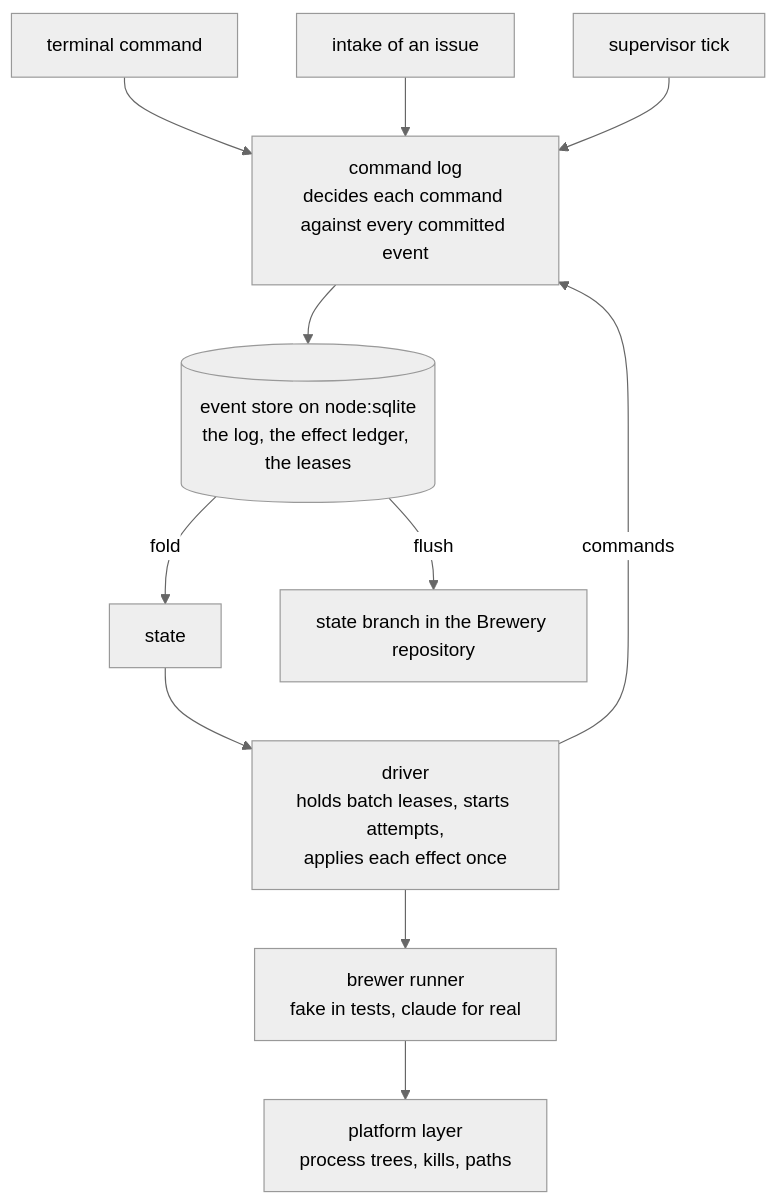
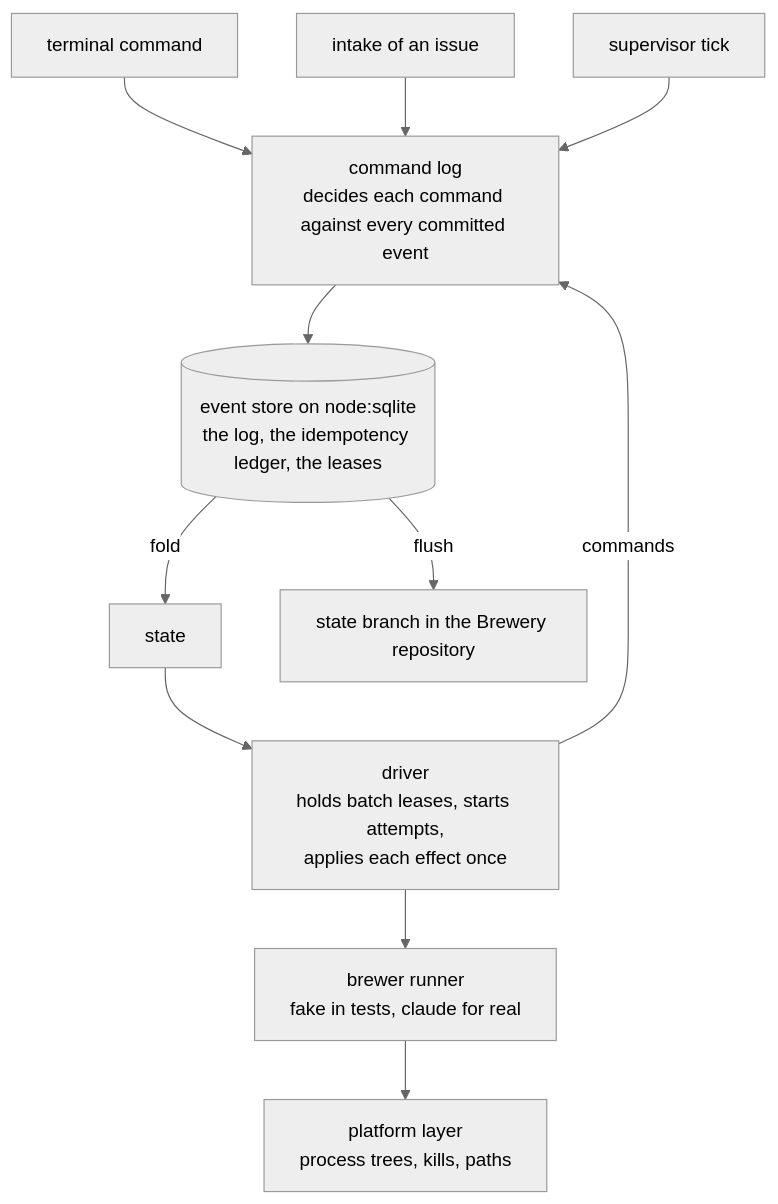
Before and after one commit to EdwinBekaert/foedrum: the diagram in docs/milestones/m0.md, drawn with Mermaid (neutral theme). The commit also changed other lines of this file, not shown here.

First line of the commit message:
Cite ADR 0044 for the command log and call it the idempotency ledger

````diff
--- a/docs/milestones/m0.md
+++ b/docs/milestones/m0.md
@@ -11,14 +11,14 @@
 ```mermaid
 flowchart TD
   T[terminal command] --> L
   I[intake of an issue] --> L
   S[supervisor tick] --> L
   L["command log<br/>decides each command against every committed event"] --> E
-  E[("event store on node:sqlite<br/>the log, the effect ledger, the leases")]
+  E[("event store on node:sqlite<br/>the log, the idempotency ledger, the leases")]
   E -->|fold| F[state]
   E -->|flush| B[state branch in the Brewery repository]
   F --> D["driver<br/>holds batch leases, starts attempts,<br/>applies each effect once"]
   D -->|commands| L
   D --> R["brewer runner<br/>fake in tests, claude for real"]
   R --> P["platform layer<br/>process trees, kills, paths"]
 ```
````
